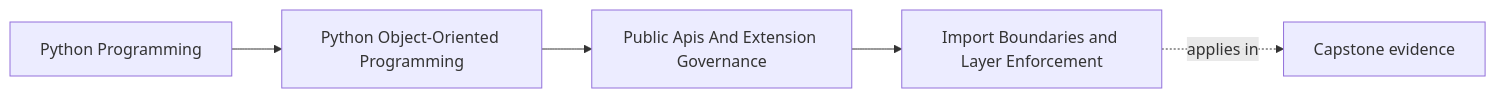
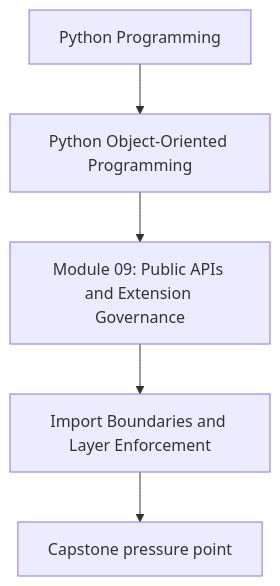
The first of 2 diagrams in programs/python-programming/python-object-oriented-programming/course-book/module-09-public-apis-and-extension-governance/import-boundaries-and-layer-enforcement.md (bijux/bijux-masterclass), drawn with Mermaid before and after one commit. The commit also changed other lines of this file and 107 other files, not shown here.

Commit message:
docs(python-object-oriented-programming): align concept page diagrams

````diff
--- a/programs/python-programming/python-object-oriented-programming/course-book/module-09-public-apis-and-extension-governance/import-boundaries-and-layer-enforcement.md
+++ b/programs/python-programming/python-object-oriented-programming/course-book/module-09-public-apis-and-extension-governance/import-boundaries-and-layer-enforcement.md
@@ -7,11 +7,7 @@
 ```mermaid
-graph LR
-  family["Python Programming"]
-  program["Python Object-Oriented Programming"]
-  section["Public Apis And Extension Governance"]
-  page["Import Boundaries and Layer Enforcement"]
-  capstone["Capstone evidence"]
-
-  family --> program --> section --> page
-  page -.applies in.-> capstone
+flowchart TD
+  family["Python Programming"] --> program["Python Object-Oriented Programming"]
+  program --> module["Module 09: Public APIs and Extension Governance"]
+  module --> concept["Import Boundaries and Layer Enforcement"]
+  concept --> capstone["Capstone pressure point"]
 ```
````
